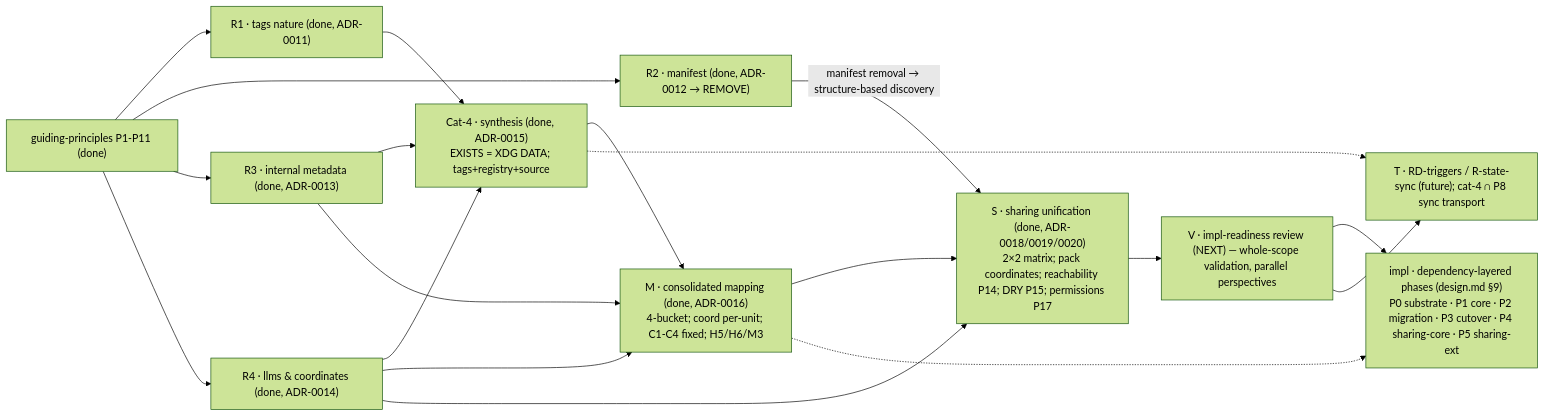
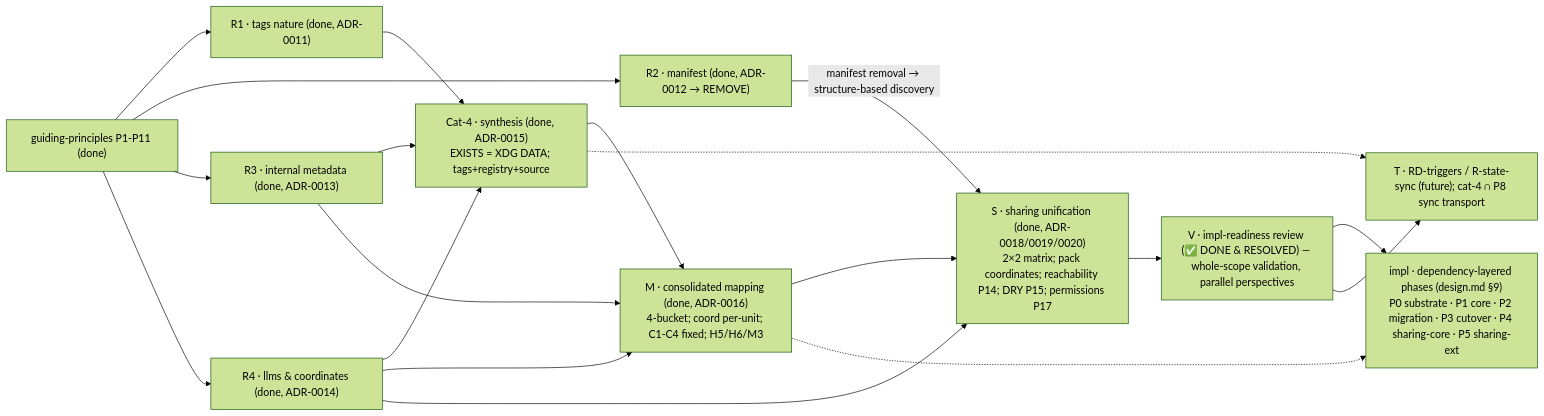
One commit to alergyonthestage/claude-orchestrator changed the diagram in docs/maintainer/configuration/decentralized-config/analysis-roadmap.md. Above: the diagram before and after it, drawn with Mermaid (forest theme). The commit also changed other lines of this file and 2 other files, not shown here.

````diff
--- a/docs/maintainer/configuration/decentralized-config/analysis-roadmap.md
+++ b/docs/maintainer/configuration/decentralized-config/analysis-roadmap.md
@@ -251,21 +251,21 @@
 ```mermaid
 flowchart LR
   P["guiding-principles P1-P11 (done)"] --> R1["R1 · tags nature (done, ADR-0011)"]
   P --> R2["R2 · manifest (done, ADR-0012 → REMOVE)"]
   P --> R3["R3 · internal metadata (done, ADR-0013)"]
   P --> R4["R4 · llms & coordinates (done, ADR-0014)"]
   R1 --> C4["Cat-4 · synthesis (done, ADR-0015)<br/>EXISTS = XDG DATA; tags+registry+source"]
   R3 --> C4
   R4 --> C4
   C4 --> M["M · consolidated mapping (done, ADR-0016)<br/>4-bucket; coord per-unit; C1-C4 fixed; H5/H6/M3"]
   R3 --> M
   R4 --> M
   R4 --> S["S · sharing unification (done, ADR-0018/0019/0020)<br/>2×2 matrix; pack coordinates; reachability P14; DRY P15; permissions P17"]
   R2 -- "manifest removal → structure-based discovery" --> S
   M --> S
   C4 -.-> T["T · RD-triggers / R-state-sync (future); cat-4 ∩ P8 sync transport"]
-  S --> V["V · impl-readiness review (NEXT) — whole-scope validation, parallel perspectives"]
+  S --> V["V · impl-readiness review (✅ DONE & RESOLVED) — whole-scope validation, parallel perspectives"]
   V --> E["impl · dependency-layered phases (design.md §9)<br/>P0 substrate · P1 core · P2 migration · P3 cutover · P4 sharing-core · P5 sharing-ext"]
   V --> T
   M -.-> E
 ```
````
